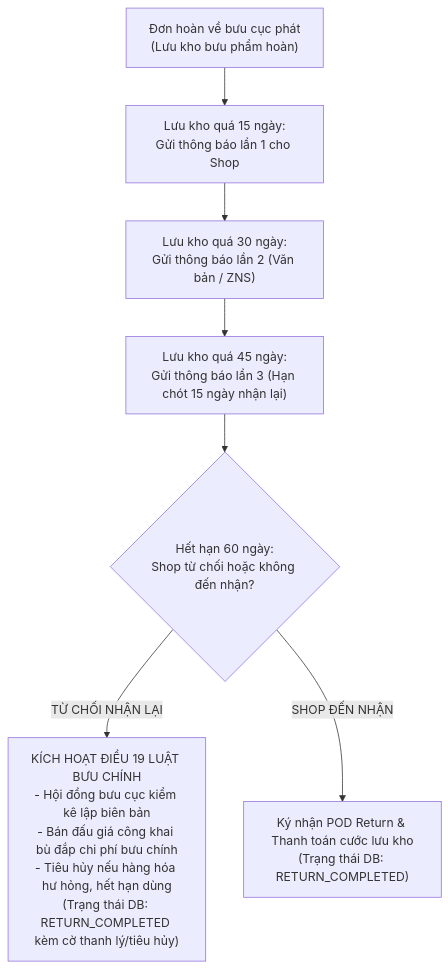
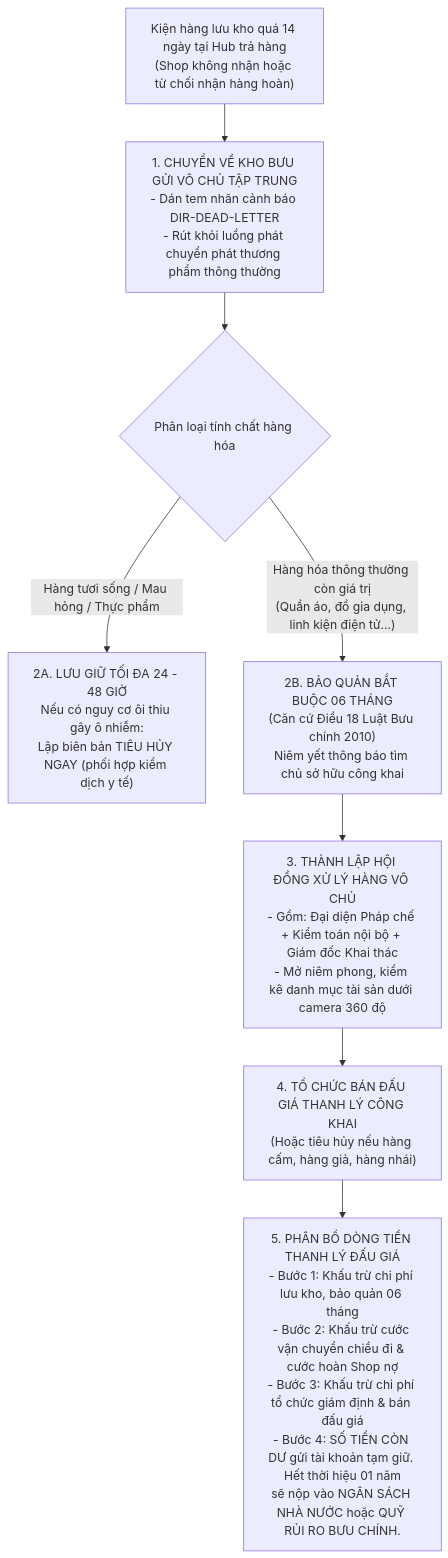
One commit to VoVanTuTai/logistics-management-system changed diagram 14 of 23 in README.md. Above: the diagram before and after it, drawn with Mermaid. The commit also changed other lines of this file and 21 other files, not shown here.

First line of the commit message:
feat(logistics): add hub-scope filtering, customer account persistence, and RAG chunking architecture

````diff
--- a/README.md
+++ b/README.md
@@ -605,9 +671,16 @@
 ```mermaid
 flowchart TD
-    START_RET["Đơn hoàn về bưu cục phát<br/>(Lưu kho bưu phẩm hoàn)"] --> NOTICE_1["Lưu kho quá 15 ngày:<br/>Gửi thông báo lần 1 cho Shop"]
-    NOTICE_1 --> NOTICE_2["Lưu kho quá 30 ngày:<br/>Gửi thông báo lần 2 (Văn bản / ZNS)"]
-    NOTICE_2 --> NOTICE_3["Lưu kho quá 45 ngày:<br/>Gửi thông báo lần 3 (Hạn chót 15 ngày nhận lại)"]
-    NOTICE_3 --> AUCTION{"Hết hạn 60 ngày:<br/>Shop từ chối hoặc không đến nhận?"}
-    AUCTION -- "TỪ CHỐI NHẬN LẠI" --> DISPOSE["KÍCH HOẠT ĐIỀU 19 LUẬT BƯU CHÍNH<br/>- Hội đồng bưu cục kiểm kê lập biên bản<br/>- Bán đấu giá công khai bù đắp chi phí bưu chính<br/>- Tiêu hủy nếu hàng hóa hư hỏng, hết hạn dùng<br/>(Trạng thái DB: RETURN_COMPLETED kèm cờ thanh lý/tiêu hủy)"]
-    AUCTION -- "SHOP ĐẾN NHẬN" --> POD_RET["Ký nhận POD Return & Thanh toán cước lưu kho<br/>(Trạng thái DB: RETURN_COMPLETED)"]
+    OVERDUE["Kiện hàng lưu kho quá 14 ngày tại Hub trả hàng<br/>(Shop không nhận hoặc từ chối nhận hàng hoàn)"] --> MOVE_DEPOT["1. CHUYỂN VỀ KHO BƯU GỬI VÔ CHỦ TẬP TRUNG<br/>- Dán tem nhãn cảnh báo DIR-DEAD-LETTER<br/>- Rút khỏi luồng phát chuyển phát thương phẩm thông thường"]
+
+    MOVE_DEPOT --> CHECK_TYPE{"Phân loại tính chất hàng hóa"}
+
+    CHECK_TYPE -- "Hàng tươi sống / Mau hỏng / Thực phẩm" --> DESTROY_FAST["2A. LƯU GIỮ TỐI ĐA 24 - 48 GIỜ<br/>Nếu có nguy cơ ôi thiu gây ô nhiễm:<br/>Lập biên bản TIÊU HỦY NGAY (phối hợp kiểm dịch y tế)"]
+
+    CHECK_TYPE -- "Hàng hóa thông thường còn giá trị<br/>(Quần áo, đồ gia dụng, linh kiện điện tử...)" --> HOLD_6M["2B. BẢO QUẢN BẮT BUỘC 06 THÁNG<br/>(Căn cứ Điều 18 Luật Bưu chính 2010)<br/>Niêm yết thông báo tìm chủ sở hữu công khai"]
+
+    HOLD_6M --> COUNCIL["3. THÀNH LẬP HỘI ĐỒNG XỬ LÝ HÀNG VÔ CHỦ<br/>- Gồm: Đại diện Pháp chế + Kiểm toán nội bộ + Giám đốc Khai thác<br/>- Mở niêm phong, kiểm kê danh mục tài sản dưới camera 360 độ"]
+
+    COUNCIL --> AUCTION["4. TỔ CHỨC BÁN ĐẤU GIÁ THANH LÝ CÔNG KHAI<br/>(Hoặc tiêu hủy nếu hàng cấm, hàng giả, hàng nhái)"]
+
+    AUCTION --> CASH_FLOW["5. PHÂN BỔ DÒNG TIỀN THANH LÝ ĐẤU GIÁ<br/>- Bước 1: Khấu trừ chi phí lưu kho, bảo quản 06 tháng<br/>- Bước 2: Khấu trừ cước vận chuyển chiều đi & cước hoàn Shop nợ<br/>- Bước 3: Khấu trừ chi phí tổ chức giám định & bán đấu giá<br/>- Bước 4: SỐ TIỀN CÒN DƯ gửi tài khoản tạm giữ. Hết thời hiệu 01 năm<br/>sẽ nộp vào NGÂN SÁCH NHÀ NƯỚC hoặc QUỸ RỦI RO BƯU CHÍNH."]
 ```
````
